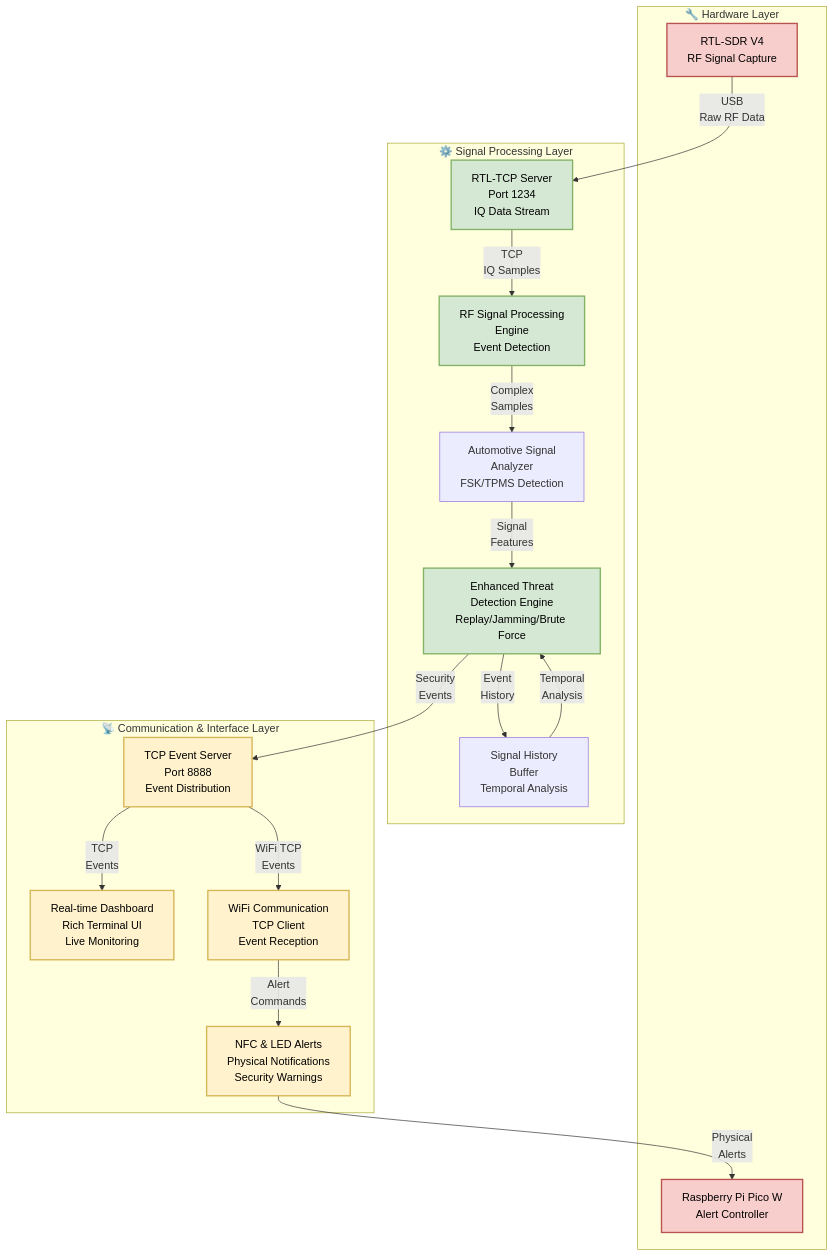
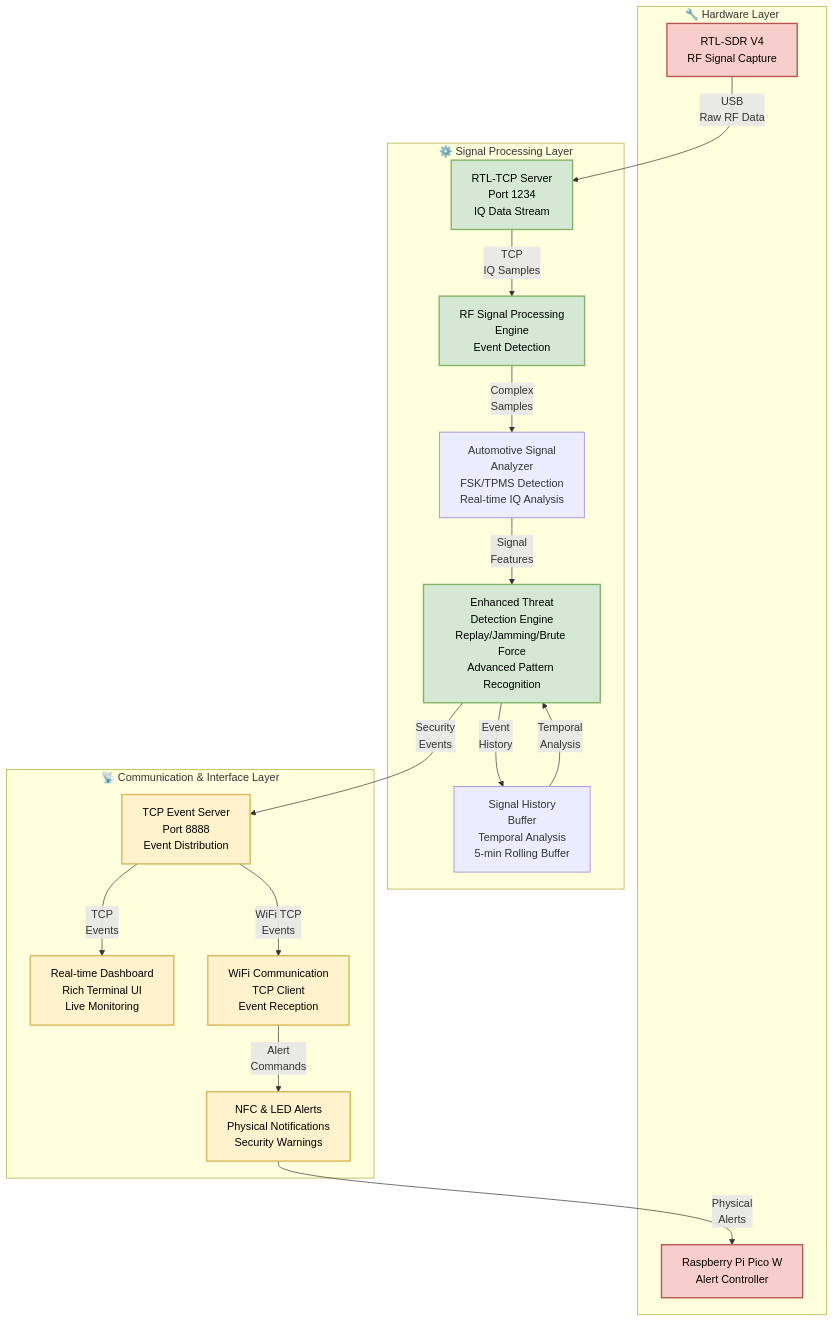
One commit to jondmarien/automotive-security-capstone changed the first of 5 diagrams in backend/docs/diagrams/architecture.md. Above: the diagram before and after it, drawn with Mermaid. The commit also changed other lines of this file and 13 other files, not shown here.

Commit message:
chore(docs): updated docs based on new advanced threat detection

````diff
--- a/backend/docs/diagrams/architecture.md
+++ b/backend/docs/diagrams/architecture.md
@@ -5,47 +5,47 @@
 ```mermaid
 graph TB
     %% Hardware Layer
     subgraph HW ["🔧 Hardware Layer"]
         RTL[RTL-SDR V4<br/>RF Signal Capture]
         PICO[Raspberry Pi Pico W<br/>Alert Controller]
     end
     
     %% Processing Layer  
     subgraph PROC ["⚙️ Signal Processing Layer"]
         TCP_SRV[RTL-TCP Server<br/>Port 1234<br/>IQ Data Stream]
         SIG_PROC[RF Signal Processing<br/>Engine<br/>Event Detection]
-        AUTO_ANALYZER[Automotive Signal<br/>Analyzer<br/>FSK/TPMS Detection]
-        HIST_BUFFER[Signal History<br/>Buffer<br/>Temporal Analysis]
-        DETECT[Enhanced Threat<br/>Detection Engine<br/>Replay/Jamming/Brute Force]
+        AUTO_ANALYZER[Automotive Signal<br/>Analyzer<br/>FSK/TPMS Detection<br/>Real-time IQ Analysis]
+        HIST_BUFFER[Signal History<br/>Buffer<br/>Temporal Analysis<br/>5-min Rolling Buffer]
+        DETECT[Enhanced Threat<br/>Detection Engine<br/>Replay/Jamming/Brute Force<br/>Advanced Pattern Recognition]
     end
     
     %% Communication Layer
     subgraph COMM ["📡 Communication & Interface Layer"]
         EVENT_SRV[TCP Event Server<br/>Port 8888<br/>Event Distribution]
         DASH[Real-time Dashboard<br/>Rich Terminal UI<br/>Live Monitoring]
         WIFI[WiFi Communication<br/>TCP Client<br/>Event Reception]
         ALERTS[NFC & LED Alerts<br/>Physical Notifications<br/>Security Warnings]
     end
     
     %% Data Flow
     RTL -->|USB<br/>Raw RF Data| TCP_SRV
     TCP_SRV -->|TCP<br/>IQ Samples| SIG_PROC
     SIG_PROC -->|Complex<br/>Samples| AUTO_ANALYZER
     AUTO_ANALYZER -->|Signal<br/>Features| DETECT
     DETECT -->|Event<br/>History| HIST_BUFFER
     HIST_BUFFER -->|Temporal<br/>Analysis| DETECT
     DETECT -->|Security<br/>Events| EVENT_SRV
     EVENT_SRV -->|TCP<br/>Events| DASH
     EVENT_SRV -->|WiFi TCP<br/>Events| WIFI
     WIFI -->|Alert<br/>Commands| ALERTS
     ALERTS -->|Physical<br/>Alerts| PICO
     
     %% Styling
     classDef hardware fill:#f8cecc,stroke:#b85450,stroke-width:2px,color:#000
     classDef processing fill:#d5e8d4,stroke:#82b366,stroke-width:2px,color:#000
     classDef communication fill:#fff2cc,stroke:#d6b656,stroke-width:2px,color:#000
     
     class RTL,PICO hardware
     class TCP_SRV,SIG_PROC,DETECT processing
     class EVENT_SRV,DASH,WIFI,ALERTS communication
 ```
````
